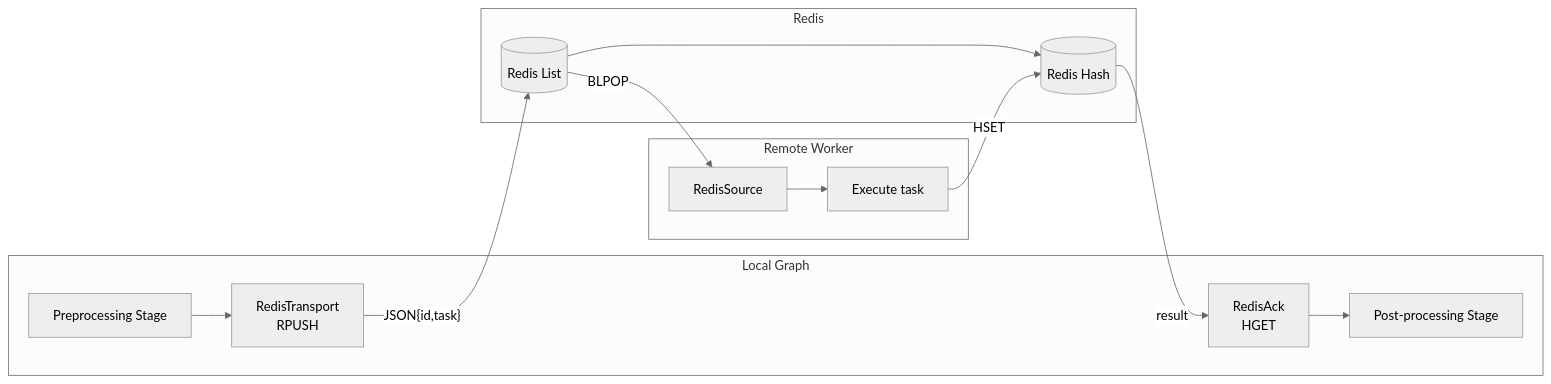
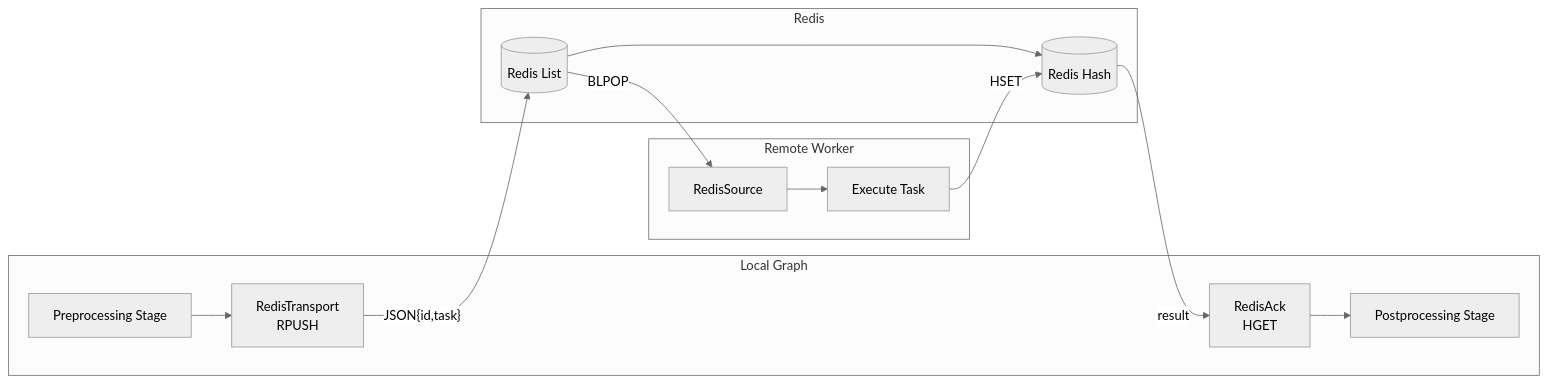
One commit to Mr-xiaotian/CelestialFlow changed the ninth of 9 diagrams in docs/en/presentation.md. Above: the diagram before and after it, drawn with Mermaid (neutral theme). The commit also changed other lines of this file and 278 other files, not shown here.

````diff
--- a/docs/en/presentation.md
+++ b/docs/en/presentation.md
@@ -596,19 +596,19 @@
 ```mermaid
 graph LR
     subgraph Local Graph
         A[Preprocessing Stage] --> B[RedisTransport<br/>RPUSH]
-        E[RedisAck<br/>HGET] --> F[Post-processing Stage]
+        E[RedisAck<br/>HGET] --> F[Postprocessing Stage]
     end
 
     subgraph Redis
         B -->|"JSON{id,task}"| C[(Redis List)]
         C --> D[(Redis Hash)]
         D -->|"result"| E
     end
 
     subgraph Remote Worker
         C -->|BLPOP| G[RedisSource]
-        G --> H[Execute task]
+        G --> H[Execute Task]
         H -->|HSET| D
     end
 ```
````
